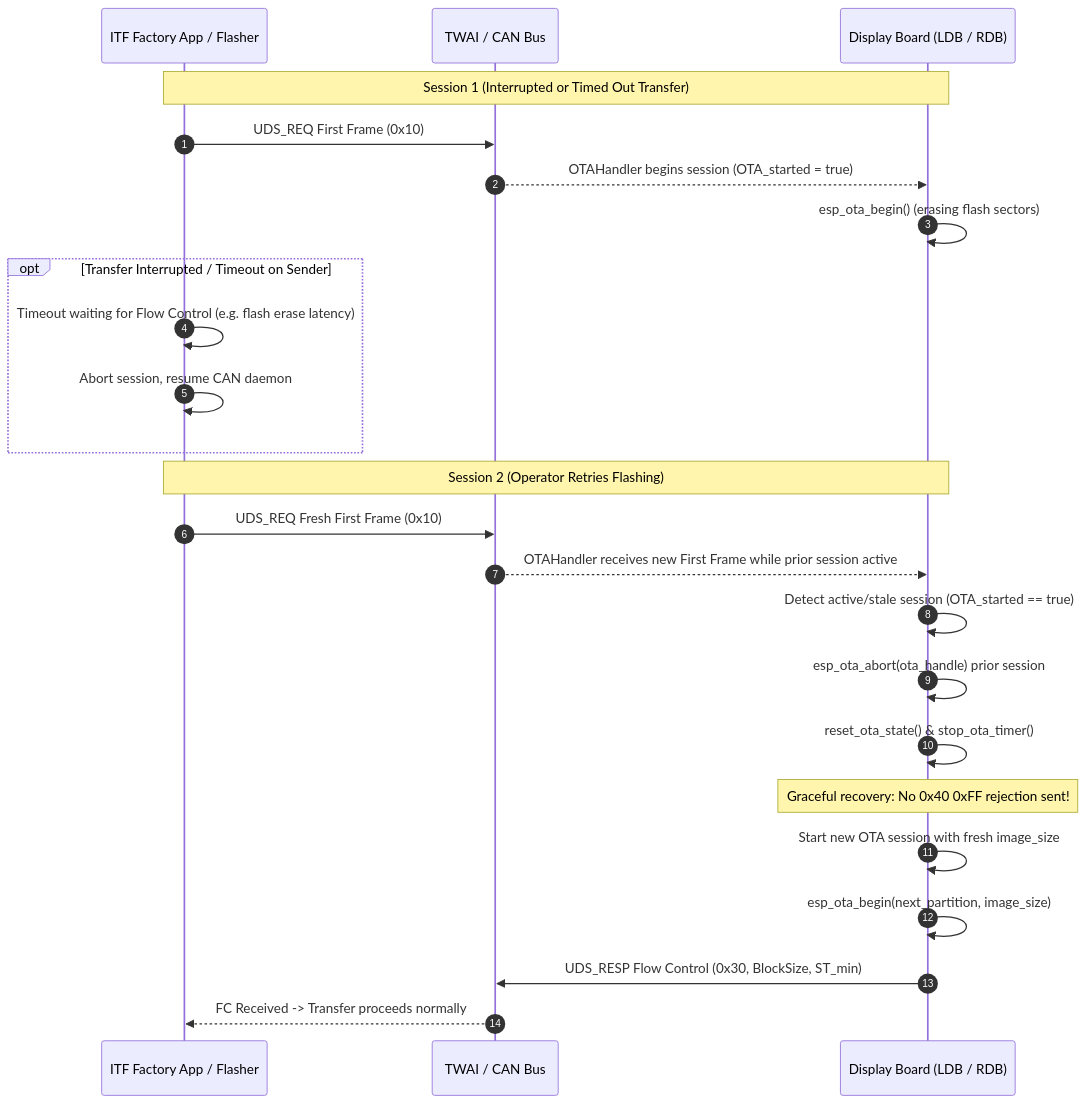
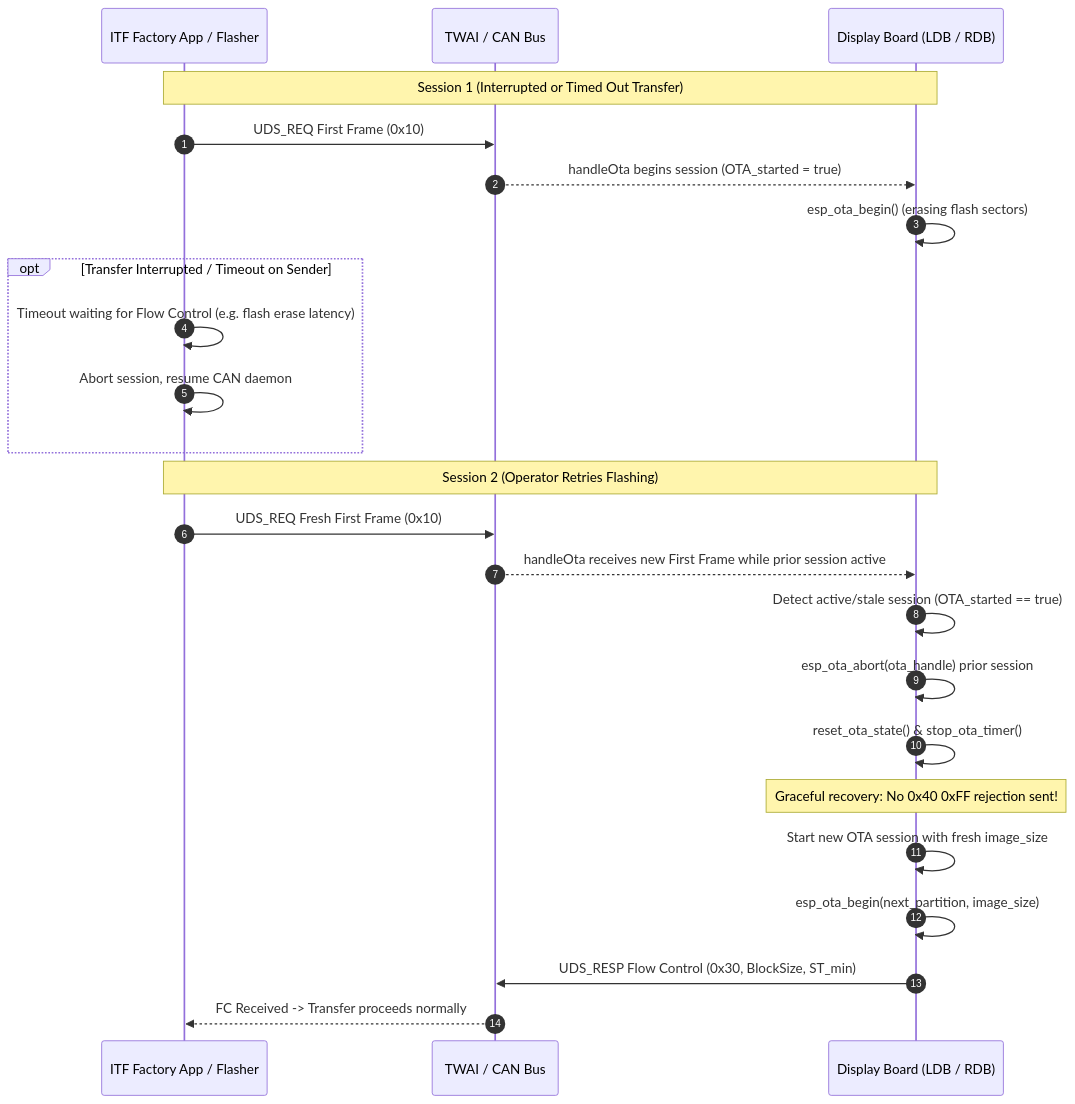
The fifth of 5 diagrams in docs/SCENARIOS.md (martinroger/vx-binocle-espidf), drawn with Mermaid before and after one commit. The commit also changed other lines of this file and 26 other files, not shown here.

````diff
--- a/docs/SCENARIOS.md
+++ b/docs/SCENARIOS.md
@@ -153,28 +153,28 @@
 ```mermaid
 sequenceDiagram
     autonumber
     participant MASTER as ITF Factory App / Flasher
     participant CAN as TWAI / CAN Bus
     participant DSP as Display Board (LDB / RDB)
 
     Note over MASTER, DSP: Session 1 (Interrupted or Timed Out Transfer)
     MASTER->>CAN: UDS_REQ First Frame (0x10)
-    CAN-->>DSP: OTAHandler begins session (OTA_started = true)
+    CAN-->>DSP: handleOta begins session (OTA_started = true)
     DSP->>DSP: esp_ota_begin() (erasing flash sectors)
     opt Transfer Interrupted / Timeout on Sender
         MASTER->>MASTER: Timeout waiting for Flow Control (e.g. flash erase latency)
         MASTER->>MASTER: Abort session, resume CAN daemon
     end
 
     Note over MASTER, DSP: Session 2 (Operator Retries Flashing)
     MASTER->>CAN: UDS_REQ Fresh First Frame (0x10)
-    CAN-->>DSP: OTAHandler receives new First Frame while prior session active
+    CAN-->>DSP: handleOta receives new First Frame while prior session active
     DSP->>DSP: Detect active/stale session (OTA_started == true)
     DSP->>DSP: esp_ota_abort(ota_handle) prior session
     DSP->>DSP: reset_ota_state() & stop_ota_timer()
     Note over DSP: Graceful recovery: No 0x40 0xFF rejection sent!
     DSP->>DSP: Start new OTA session with fresh image_size
     DSP->>DSP: esp_ota_begin(next_partition, image_size)
     DSP->>CAN: UDS_RESP Flow Control (0x30, BlockSize, ST_min)
     CAN-->>MASTER: FC Received -> Transfer proceeds normally
 ```
````
